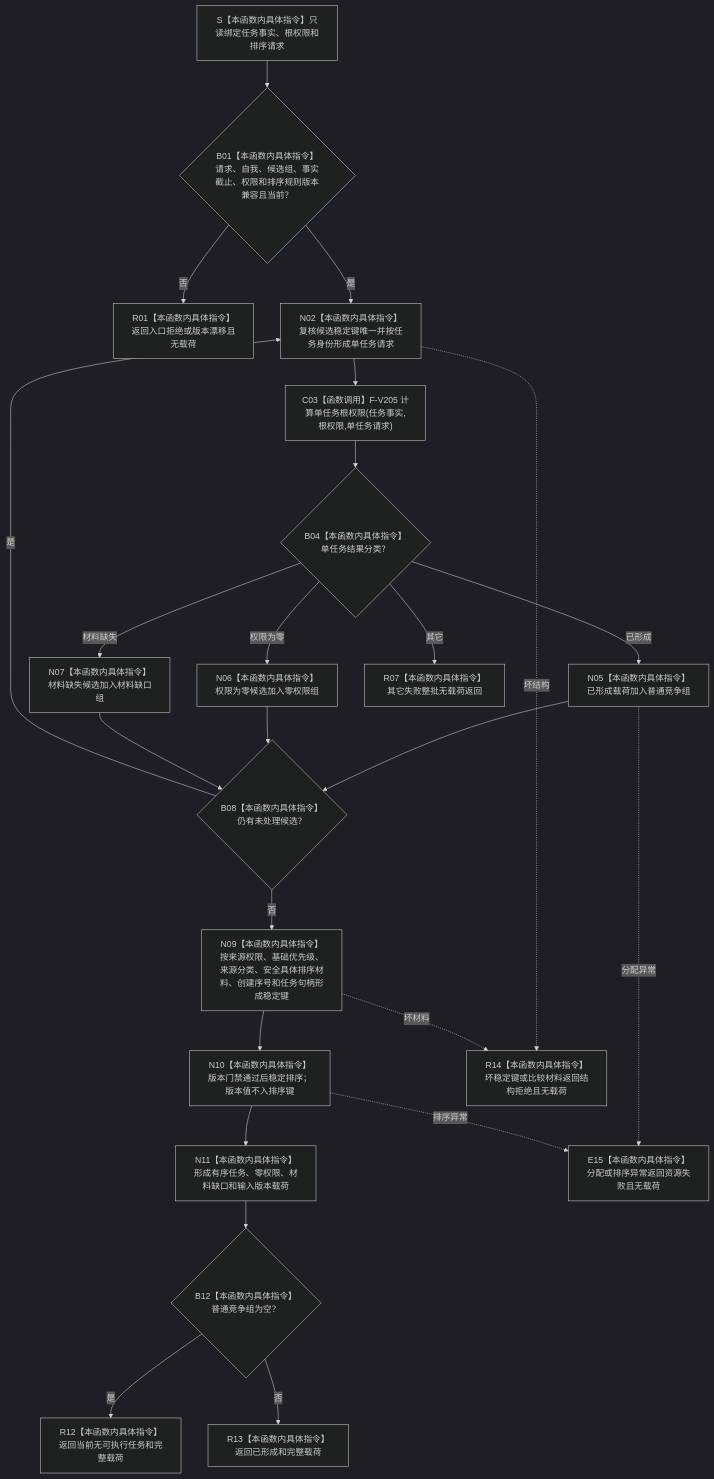
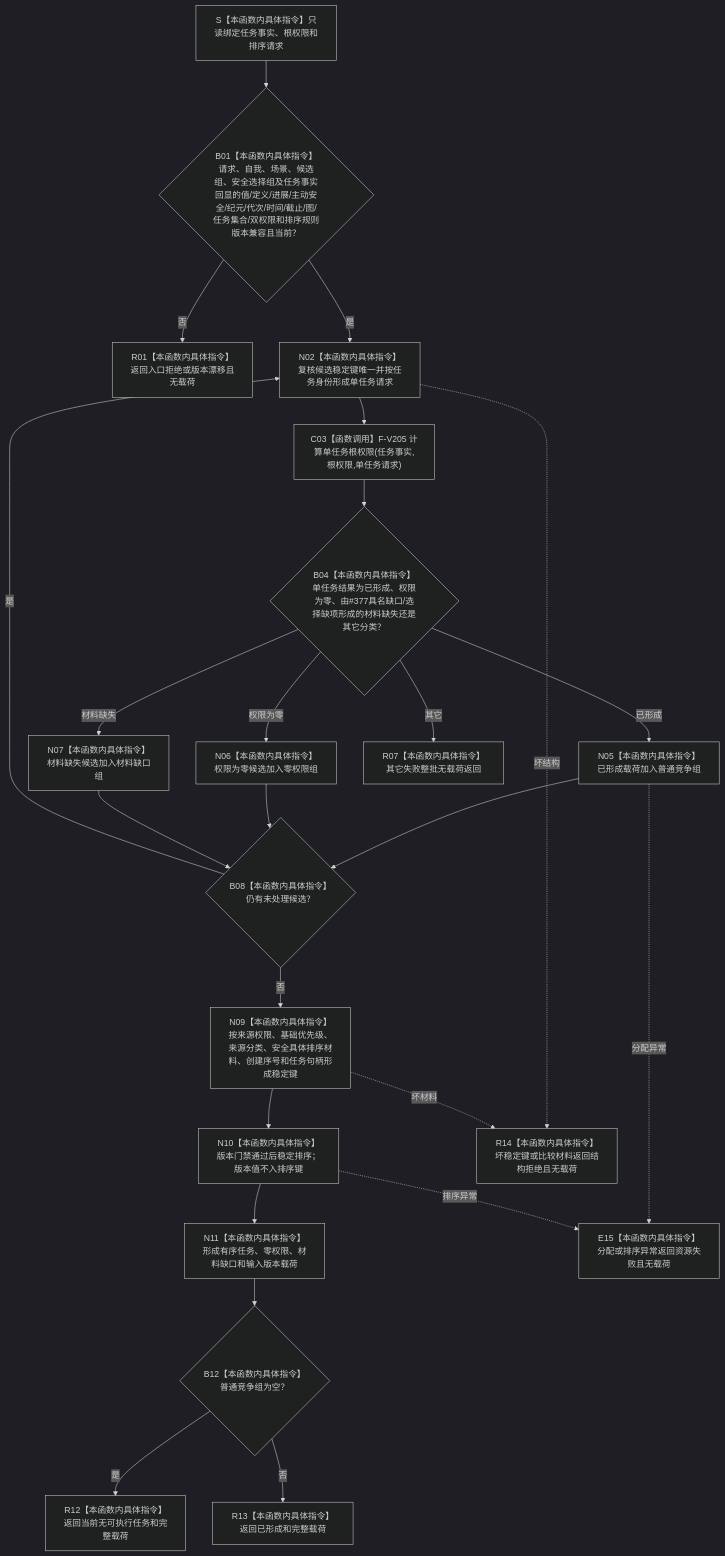
Before and after one commit to chunhaizh-cyber/HY-Ego: the diagram in 流程图/20260729_SERVICE-P1_F-V206_排序服务生存任务执行候选单函数施工流程图_v0.1.md, drawn with Mermaid (dark theme). The commit also changed 33 other files, not shown here.

````diff
--- a/流程图/20260729_SERVICE-P1_F-V206_排序服务生存任务执行候选单函数施工流程图_v0.1.md
+++ b/流程图/20260729_SERVICE-P1_F-V206_排序服务生存任务执行候选单函数施工流程图_v0.1.md
@@ -21,37 +21,37 @@
 ```mermaid
 flowchart TD
     S["S【本函数内具体指令】只读绑定任务事实、根权限和排序请求"]
-    B01{"B01【本函数内具体指令】请求、自我、候选组、事实截止、权限和排序规则版本兼容且当前？"}
+    B01{"B01【本函数内具体指令】请求、自我、场景、候选组、安全选择组及任务事实回显的值/定义/进展/主动安全/纪元/代次/时间/截止/图/任务集合/双权限和排序规则版本兼容且当前？"}
     R01["R01【本函数内具体指令】返回入口拒绝或版本漂移且无载荷"]
     N02["N02【本函数内具体指令】复核候选稳定键唯一并按任务身份形成单任务请求"]
     C03["C03【函数调用】F-V205 计算单任务根权限(任务事实,根权限,单任务请求)"]
-    B04{"B04【本函数内具体指令】单任务结果分类？"}
+    B04{"B04【本函数内具体指令】单任务结果为已形成、权限为零、由#377具名缺口/选择缺项形成的材料缺失还是其它分类？"}
     N05["N05【本函数内具体指令】已形成载荷加入普通竞争组"]
     N06["N06【本函数内具体指令】权限为零候选加入零权限组"]
     N07["N07【本函数内具体指令】材料缺失候选加入材料缺口组"]
     R07["R07【本函数内具体指令】其它失败整批无载荷返回"]
     B08{"B08【本函数内具体指令】仍有未处理候选？"}
     N09["N09【本函数内具体指令】按来源权限、基础优先级、来源分类、安全具体排序材料、创建序号和任务句柄形成稳定键"]
     N10["N10【本函数内具体指令】版本门禁通过后稳定排序；版本值不入排序键"]
     N11["N11【本函数内具体指令】形成有序任务、零权限、材料缺口和输入版本载荷"]
     B12{"B12【本函数内具体指令】普通竞争组为空？"}
     R12["R12【本函数内具体指令】返回当前无可执行任务和完整载荷"]
     R13["R13【本函数内具体指令】返回已形成和完整载荷"]
     R14["R14【本函数内具体指令】坏稳定键或比较材料返回结构拒绝且无载荷"]
     E15["E15【本函数内具体指令】分配或排序异常返回资源失败且无载荷"]
     S --> B01
     B01 -- "否" --> R01
     B01 -- "是" --> N02 --> C03 --> B04
     B04 -- "已形成" --> N05 --> B08
     B04 -- "权限为零" --> N06 --> B08
     B04 -- "材料缺失" --> N07 --> B08
     B04 -- "其它" --> R07
     B08 -- "是" --> N02
     B08 -- "否" --> N09 --> N10 --> N11 --> B12
     B12 -- "是" --> R12
     B12 -- "否" --> R13
     N02 -. "坏结构" .-> R14
     N09 -. "坏材料" .-> R14
     N05 -. "分配异常" .-> E15
     N10 -. "排序异常" .-> E15
 ```
````
